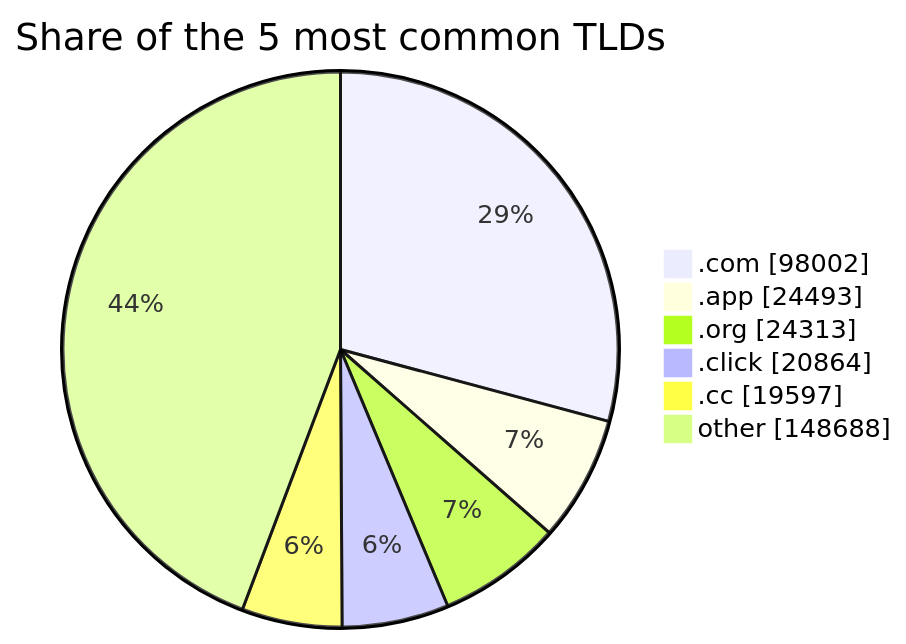
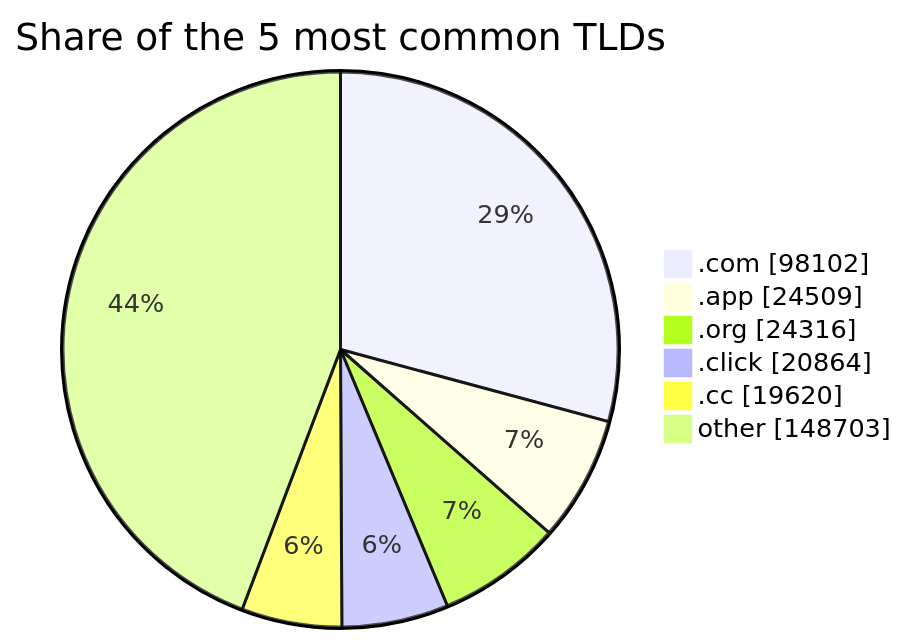
Before and after one commit to DNSBunker/CTI: the third of 3 diagrams in README.md, drawn with Mermaid. The commit also changed other lines of this file and 3 other files, not shown here.

````diff
--- a/README.md
+++ b/README.md
@@ -81,9 +81,9 @@
 ```mermaid
 pie showData title Share of the 5 most common TLDs
-    ".com" : 98002
-    ".app" : 24493
-    ".org" : 24313
+    ".com" : 98102
+    ".app" : 24509
+    ".org" : 24316
     ".click" : 20864
-    ".cc" : 19597
-    "other" : 148688
+    ".cc" : 19620
+    "other" : 148703
 ```
````
